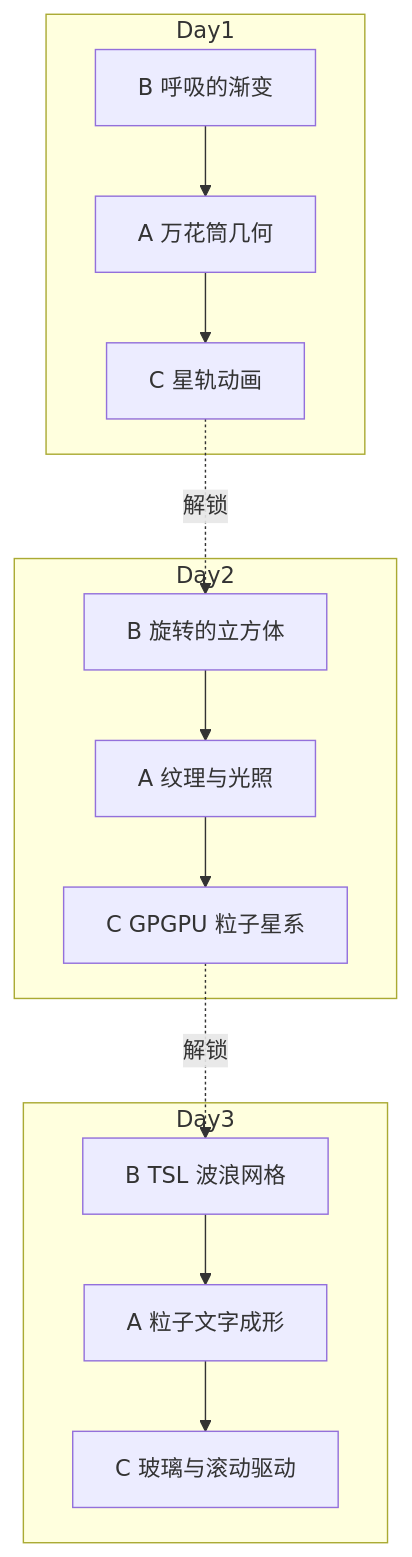
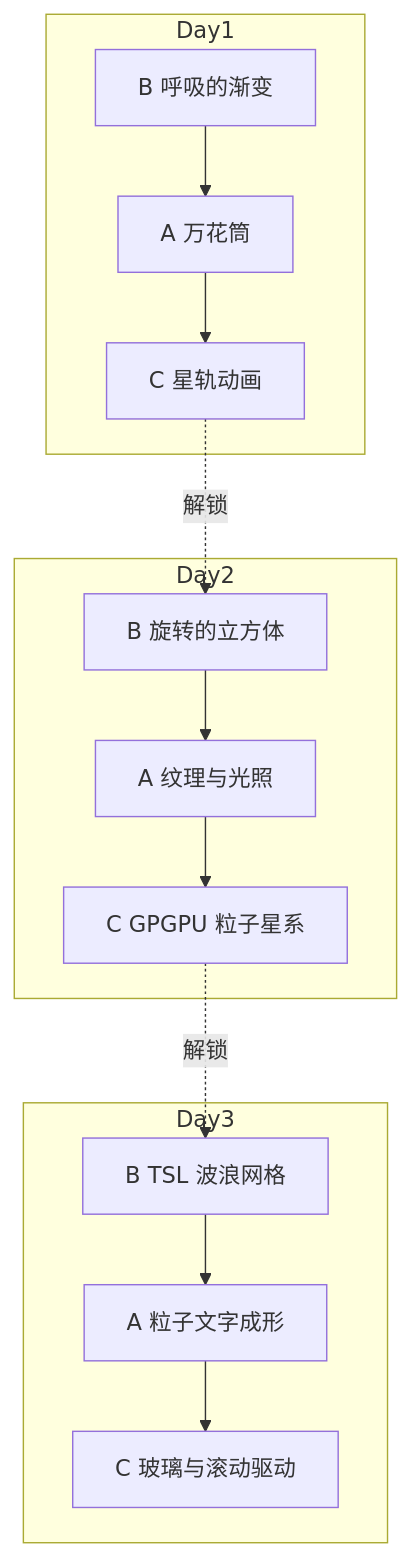
The second of 2 diagrams in learning/前端/webgpu/00-课程计划与学习地图.md (onlyLucky/LLM_Wiki), drawn with Mermaid before and after one commit. The commit also changed 62 other files, not shown here.

````diff
--- a/learning/前端/webgpu/00-课程计划与学习地图.md
+++ b/learning/前端/webgpu/00-课程计划与学习地图.md
@@ -69,14 +69,14 @@
 ```mermaid
 flowchart TD
     subgraph Day1
-        A1[B 呼吸的渐变] --> A2[A 万花筒几何] --> A3[C 星轨动画]
+        A1[B 呼吸的渐变] --> A2[A 万花筒] --> A3[C 星轨动画]
     end
     subgraph Day2
         B1[B 旋转的立方体] --> B2[A 纹理与光照] --> B3[C GPGPU 粒子星系]
     end
     subgraph Day3
         C1[B TSL 波浪网格] --> C2[A 粒子文字成形] --> C3[C 玻璃与滚动驱动]
     end
     A3 -.解锁.-> B1
     B3 -.解锁.-> C1
 ```
````
